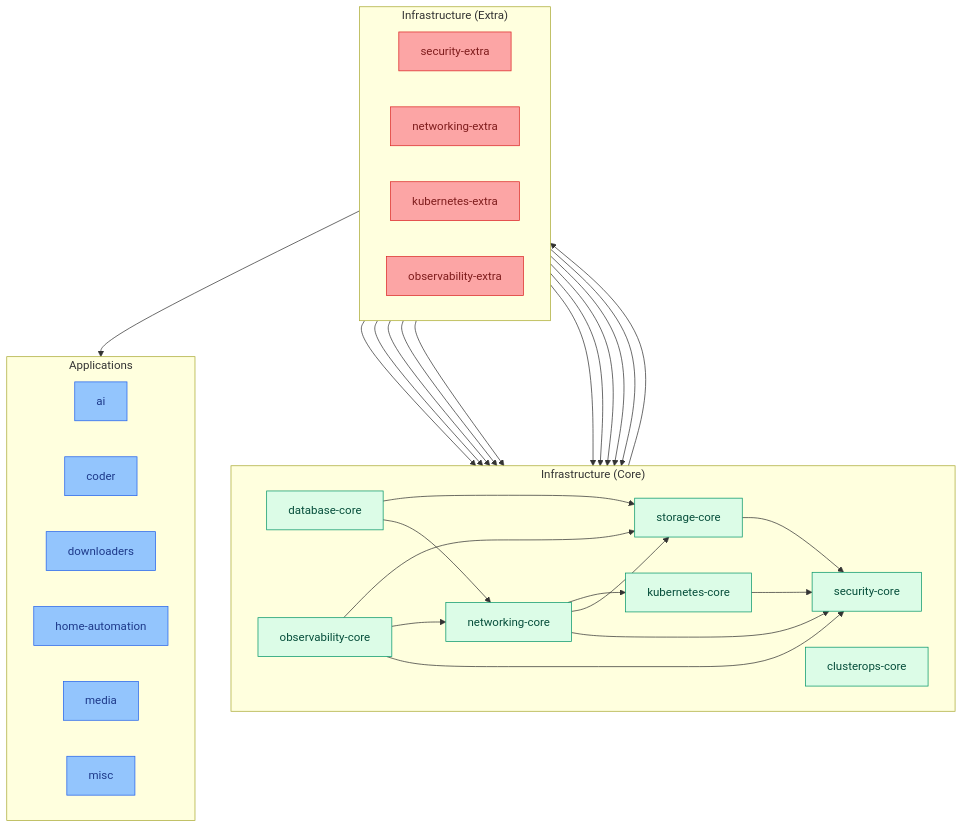
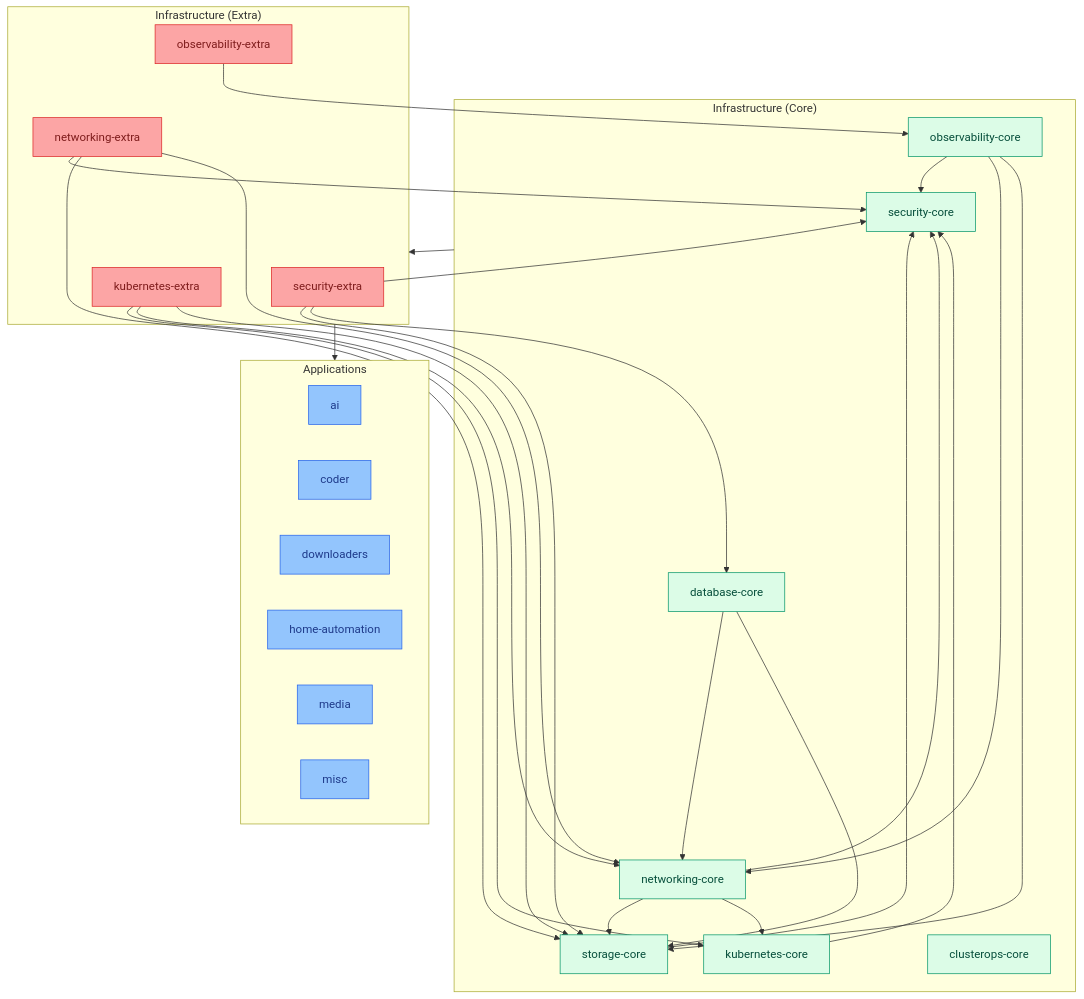
The diagram in clusters/homelab/README.md (ppat/homelab-ops-kubernetes-clusters), drawn with Mermaid before and after one commit. The commit also changed 4 other files, not shown here.

First line of the commit message:
fix(dev-tools): fix broken mermaid diagrams and drop restated config from docs

````diff
--- a/clusters/homelab/README.md
+++ b/clusters/homelab/README.md
@@ -61,48 +61,45 @@
 ```mermaid
 flowchart TB
     classDef core fill:#dcfce7,stroke:#059669,color:#064e3b
     classDef extra fill:#fca5a5,stroke:#dc2626,color:#7f1d1d
     classDef apps fill:#93c5fd,stroke:#2563eb,color:#1e3a8a
 
     subgraph Core["Infrastructure (Core)"]
-        direction LR
         sec[security-core]:::core
         store[storage-core]:::core
         k8s[kubernetes-core]:::core
         net[networking-core]:::core
         db[database-core]:::core
         obs[observability-core]:::core
         ops[clusterops-core]:::core
     end
 
     subgraph Extra["Infrastructure (Extra)"]
-        direction LR
-        sec-x[security-extra]:::extra
-        net-x[networking-extra]:::extra
-        k8s-x[kubernetes-extra]:::extra
-        obs-x[observability-extra]:::extra
+        secx[security-extra]:::extra
+        netx[networking-extra]:::extra
+        k8sx[kubernetes-extra]:::extra
+        obsx[observability-extra]:::extra
     end
 
     subgraph Apps["Applications"]
-        direction LR
         ai:::apps
         coder:::apps
         downloaders:::apps
-        home-auto[home-automation]:::apps
+        homeauto[home-automation]:::apps
         media:::apps
         misc:::apps
     end
 
     store --> sec
     k8s --> sec
     net --> sec & store & k8s
     db --> net & store
     obs --> sec & net & store
 
-    sec-x --> sec & store & db
-    net-x --> sec & store & net
-    k8s-x --> k8s & net & store
-    obs-x --> obs
+    secx --> sec & store & db
+    netx --> sec & store & net
+    k8sx --> k8s & net & store
+    obsx --> obs
 
     Core --> Extra --> Apps
 ```
````
